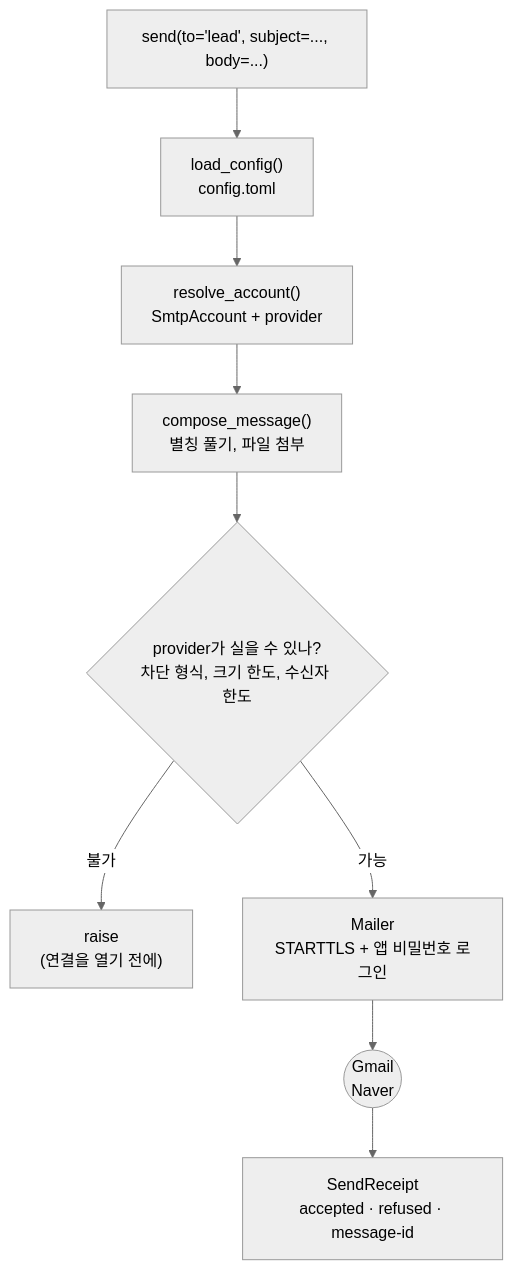
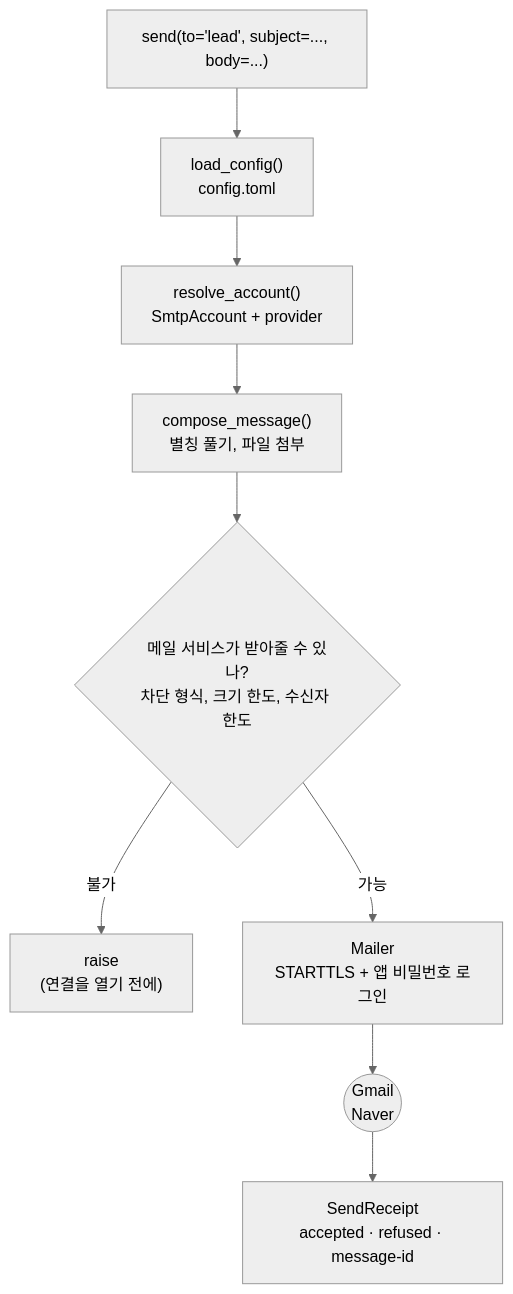
The diagram in README.ko.md (seokhoonj/mailmail), drawn with Mermaid (neutral theme) before and after one commit. The commit also changed other lines of this file and 1 other file, not shown here.

````diff
--- a/README.ko.md
+++ b/README.ko.md
@@ -54,11 +54,11 @@
 ```mermaid
 flowchart TB
     caller["send(to='lead', subject=..., body=...)"] --> cfg["load_config()<br/>config.toml"]
     cfg --> acct["resolve_account()<br/>SmtpAccount + provider"]
     acct --> compose["compose_message()<br/>별칭 풀기, 파일 첨부"]
-    compose --> screen{"provider가 실을 수 있나?<br/>차단 형식, 크기 한도, 수신자 한도"}
+    compose --> screen{"메일 서비스가 받아줄 수 있나?<br/>차단 형식, 크기 한도, 수신자 한도"}
     screen -->|"불가"| refuse["raise<br/>(연결을 열기 전에)"]
     screen -->|"가능"| connect["Mailer<br/>STARTTLS + 앱 비밀번호 로그인"]
     connect --> server(("Gmail<br/>Naver"))
     server --> receipt["SendReceipt<br/>accepted · refused · message-id"]
 ```
````
